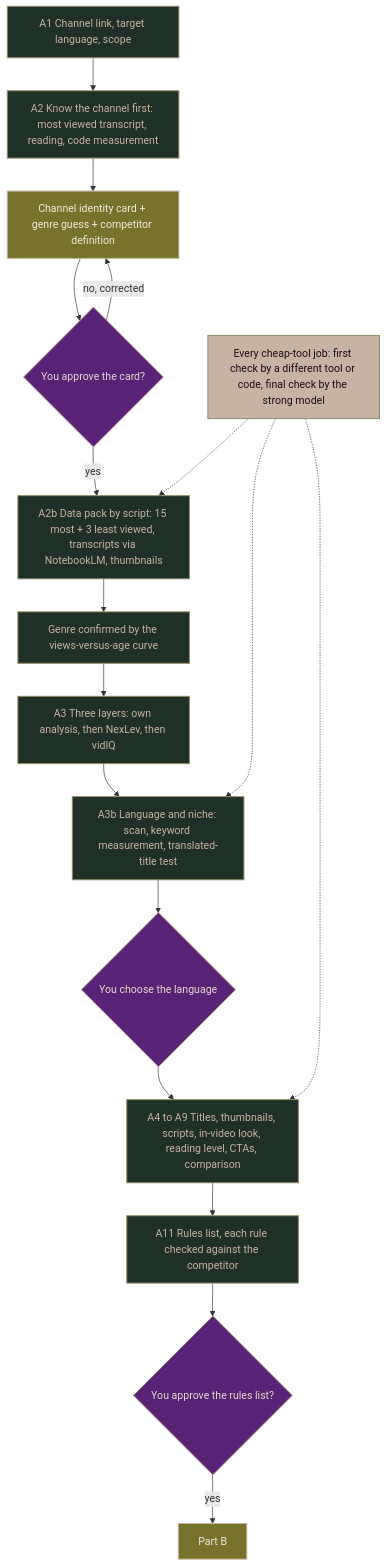
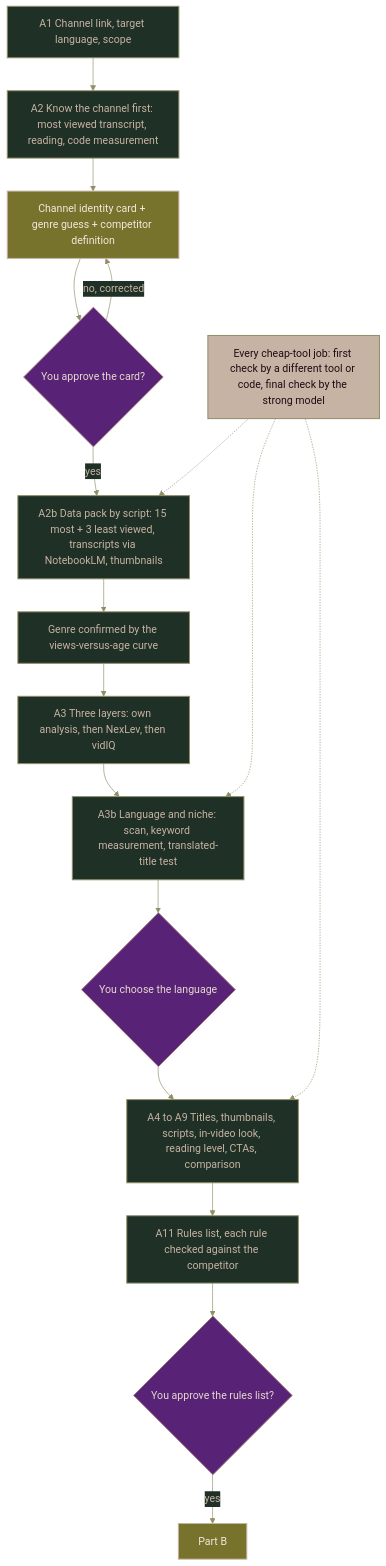
The first of 3 diagrams in _mermaid_test.md (jenny-gecglr/youtube-automation-competitor-analysis), drawn with Mermaid before and after one commit. The commit also changed other lines of this file, not shown here.

Commit message:
tmp mermaid test 2

````diff
--- a/_mermaid_test.md
+++ b/_mermaid_test.md
@@ -5,27 +5,28 @@
 ```mermaid
+%%{init: {"theme":"base","themeVariables":{"fontFamily":"Georgia, serif","primaryColor":"#1F3026","primaryTextColor":"#C7B3A3","primaryBorderColor":"#8F8E66","lineColor":"#8F8E66","tertiaryTextColor":"#C7B3A3","edgeLabelBackground":"#1F3026"}}}%%
 flowchart TD
     A1["A1 Channel link, target language, scope"] --> A2["A2 Know the channel first: most viewed transcript, reading, code measurement"]
     A2 --> CARD["Channel identity card + genre guess + competitor definition"]
     CARD --> G1{"You approve the card?"}
     G1 -- "no, corrected" --> CARD
     G1 -- "yes" --> A2B["A2b Data pack by script: 15 most + 3 least viewed, transcripts via NotebookLM, thumbnails"]
     A2B --> CURVE["Genre confirmed by the views-versus-age curve"]
     CURVE --> A3["A3 Three layers: own analysis, then NexLev, then vidIQ"]
     A3 --> LANG["A3b Language and niche: scan, keyword measurement, translated-title test"]
     LANG --> G2{"You choose the language"}
     G2 --> DEEP["A4 to A9 Titles, thumbnails, scripts, in-video look, reading level, CTAs, comparison"]
     DEEP --> RULES["A11 Rules list, each rule checked against the competitor"]
     RULES --> G3{"You approve the rules list?"}
     G3 -- "yes" --> PART_B["Part B"]
-    CHK["Every cheap-tool job: first check by a different tool or code, final check by the strong model"] -.-> A2B
-    CHK -.-> LANG
-    CHK -.-> DEEP
-    classDef base fill:#1F3026,stroke:#8F8E66,color:#C7B3A3,stroke-width:1.5px
-    classDef gate fill:#582377,stroke:#A3787B,color:#E6D9CC,stroke-width:1.5px
-    classDef tool fill:#C7B3A3,stroke:#8F8E66,color:#1D0C15,stroke-width:1.5px
-    classDef out fill:#77732C,stroke:#C7B3A3,color:#F2E8DD,stroke-width:1.5px
-    class A1,A2,A2B,CURVE,A3,LANG,DEEP,RULES base
-    class G1,G2,G3 gate
-    class CARD,PART_B out
-    class CHK tool
+    CHECK["Every cheap-tool job: first check by a different tool or code, final check by the strong model"] -.-> A2B
+    CHECK -.-> LANG
+    CHECK -.-> DEEP
+    classDef cBase fill:#1F3026,stroke:#8F8E66,color:#C7B3A3,stroke-width:1.5px
+    classDef cGate fill:#582377,stroke:#A3787B,color:#E6D9CC,stroke-width:1.5px
+    classDef cTool fill:#C7B3A3,stroke:#8F8E66,color:#1D0C15,stroke-width:1.5px
+    classDef cOut fill:#77732C,stroke:#C7B3A3,color:#F2E8DD,stroke-width:1.5px
+    class A1,A2,A2B,CURVE,A3,LANG,DEEP,RULES cBase
+    class G1,G2,G3 cGate
+    class CARD,PART_B cOut
+    class CHECK cTool
 ```
````
